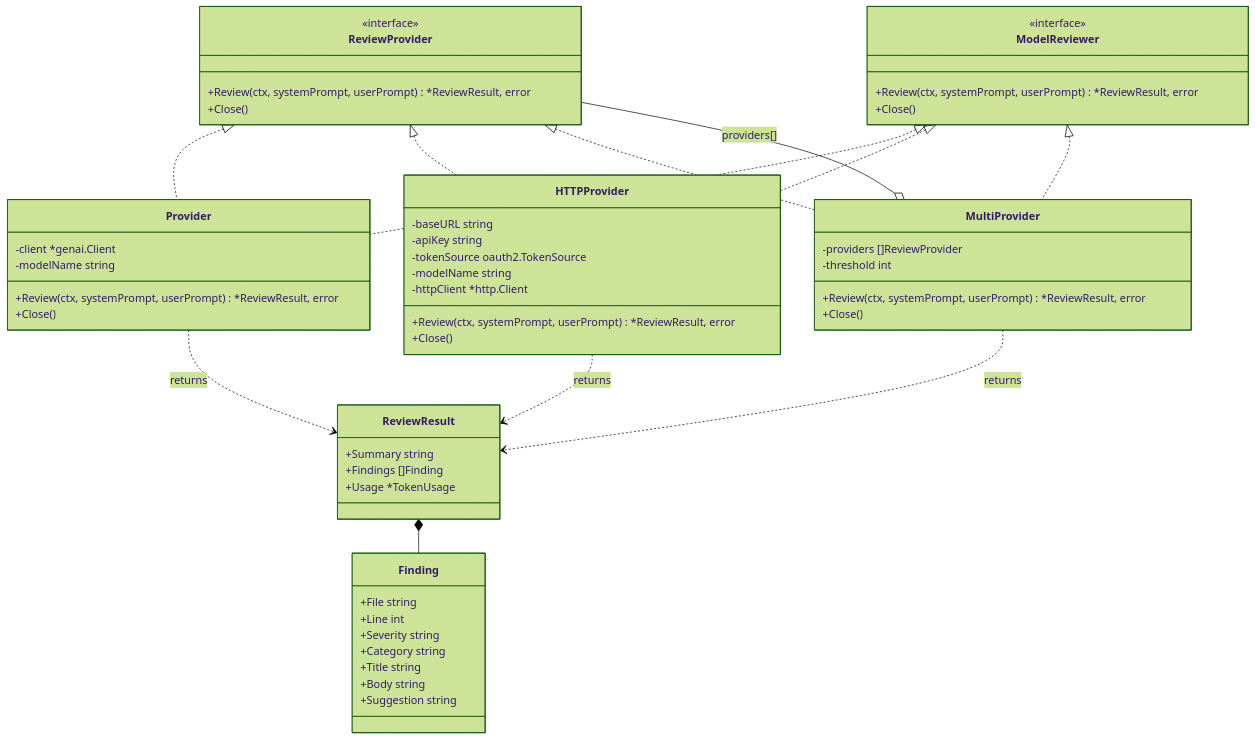
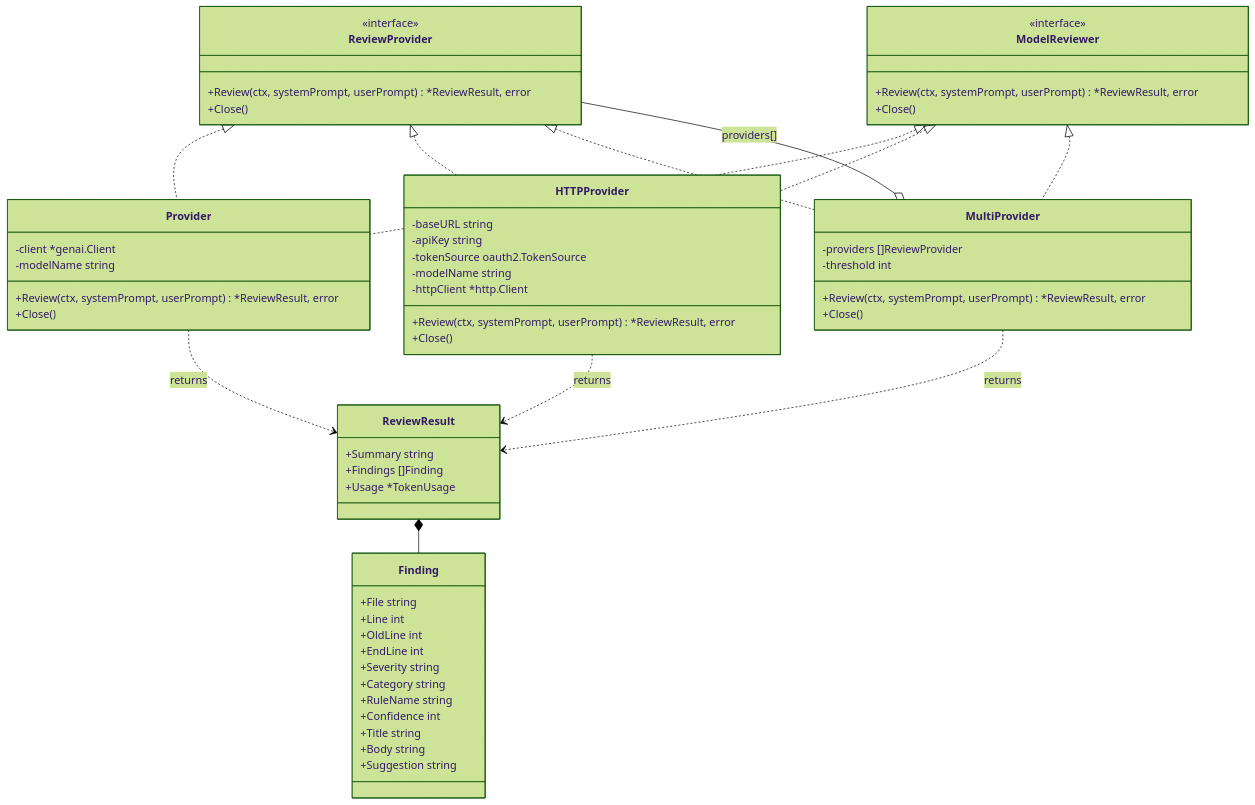
One commit to OpticDiff/code-reviewer changed the second of 4 diagrams in docs/ARCHITECTURE.md. Above: the diagram before and after it, drawn with Mermaid (forest theme). The commit also changed other lines of this file and 8 other files, not shown here.

Commit message:
docs: add composite action.yml and update v0.26.0 examples and architecture docs

````diff
--- a/docs/ARCHITECTURE.md
+++ b/docs/ARCHITECTURE.md
@@ -134,66 +146,70 @@
 ```mermaid
 classDiagram
     class ReviewProvider {
         <<interface>>
         +Review(ctx, systemPrompt, userPrompt) *ReviewResult, error
         +Close()
     }
 
     class ModelReviewer {
         <<interface>>
         +Review(ctx, systemPrompt, userPrompt) *ReviewResult, error
         +Close()
     }
 
     class Provider {
         -client *genai.Client
         -modelName string
         +Review(ctx, systemPrompt, userPrompt) *ReviewResult, error
         +Close()
     }
 
     class HTTPProvider {
         -baseURL string
         -apiKey string
         -tokenSource oauth2.TokenSource
         -modelName string
         -httpClient *http.Client
         +Review(ctx, systemPrompt, userPrompt) *ReviewResult, error
         +Close()
     }
 
     class MultiProvider {
         -providers []ReviewProvider
         -threshold int
         +Review(ctx, systemPrompt, userPrompt) *ReviewResult, error
         +Close()
     }
 
     class ReviewResult {
         +Summary string
         +Findings []Finding
         +Usage *TokenUsage
     }
 
     class Finding {
         +File string
         +Line int
+        +OldLine int
+        +EndLine int
         +Severity string
         +Category string
+        +RuleName string
+        +Confidence int
         +Title string
         +Body string
         +Suggestion string
     }
 
     ReviewProvider <|.. Provider
     ReviewProvider <|.. HTTPProvider
     ReviewProvider <|.. MultiProvider
     ModelReviewer <|.. Provider
     ModelReviewer <|.. HTTPProvider
     ModelReviewer <|.. MultiProvider
     MultiProvider o-- ReviewProvider : providers[]
     Provider ..> ReviewResult : returns
     HTTPProvider ..> ReviewResult : returns
     MultiProvider ..> ReviewResult : returns
     ReviewResult *-- Finding
 ```
````
